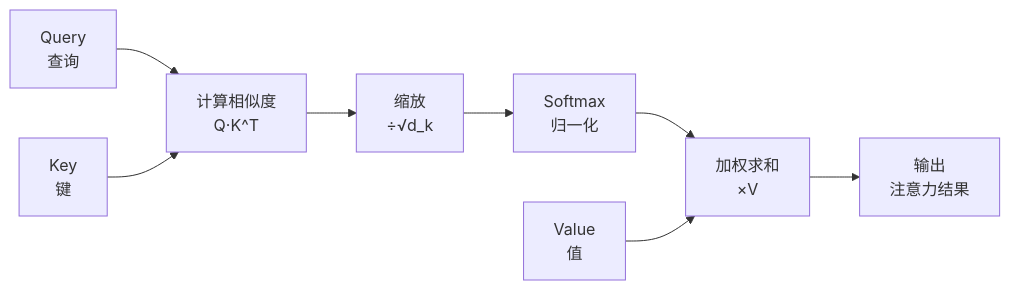
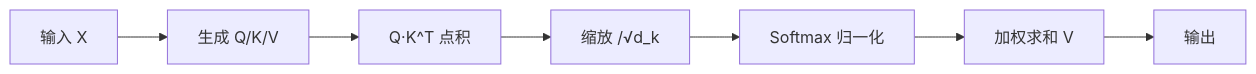
One commit to KasonLee-marker/ai-agent-interview-questions changed the second of 2 diagrams in fundamentals/attention-mechanism.md. Above: the diagram before and after it, drawn with Mermaid. The commit also changed other lines of this file and 17 other files, not shown here.

````diff
--- a/fundamentals/attention-mechanism.md
+++ b/fundamentals/attention-mechanism.md
@@ -83,13 +42,9 @@
 ```mermaid
 flowchart LR
-    Q["Query<br/>查询"] --> Score["计算相似度<br/>Q·K^T"]
-    K["Key<br/>键"] --> Score
-    
-    Score --> Scale["缩放<br/>÷√d_k"]
-    Scale --> Softmax["Softmax<br/>归一化"]
-    
-    Softmax --> Weighted["加权求和<br/>×V"]
-    V["Value<br/>值"] --> Weighted
-    
-    Weighted --> Output["输出<br/>注意力结果"]
+    A[输入 X] --> B[生成 Q/K/V]
+    B --> C[Q·K^T 点积]
+    C --> D[缩放 /√d_k]
+    D --> E[Softmax 归一化]
+    E --> F[加权求和 V]
+    F --> G[输出]
 ```
````
